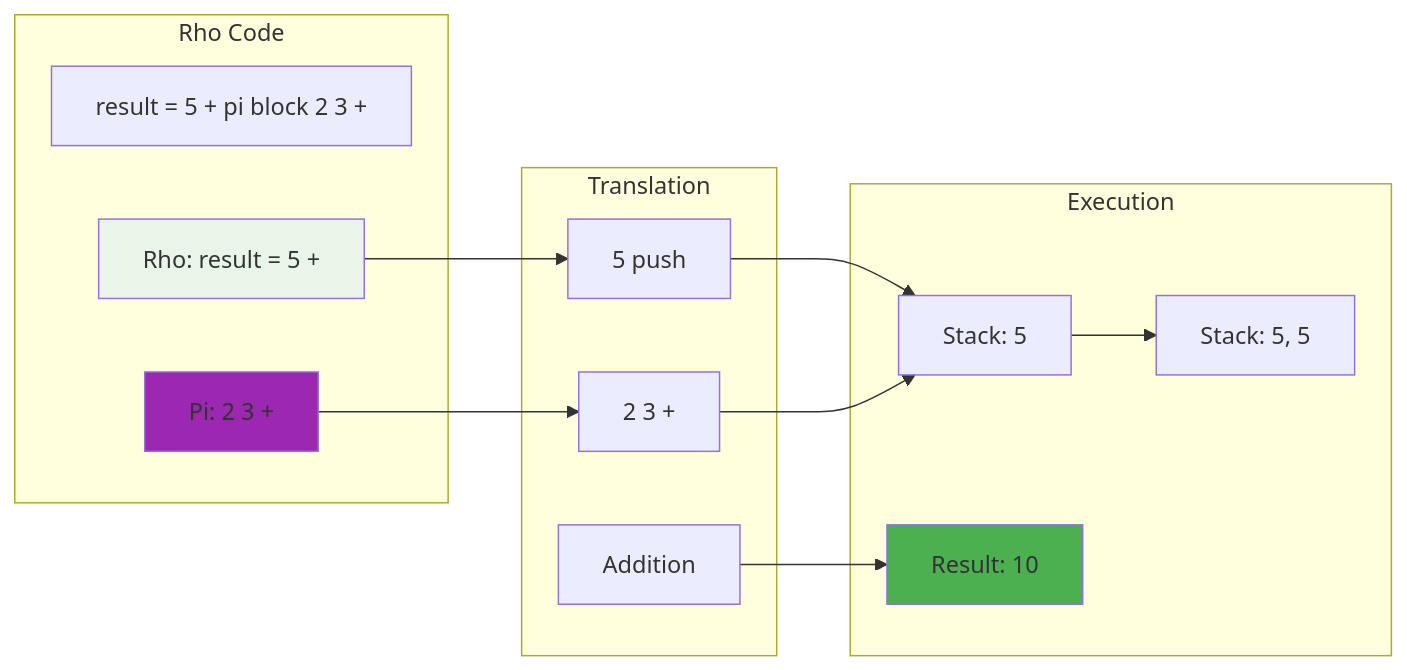
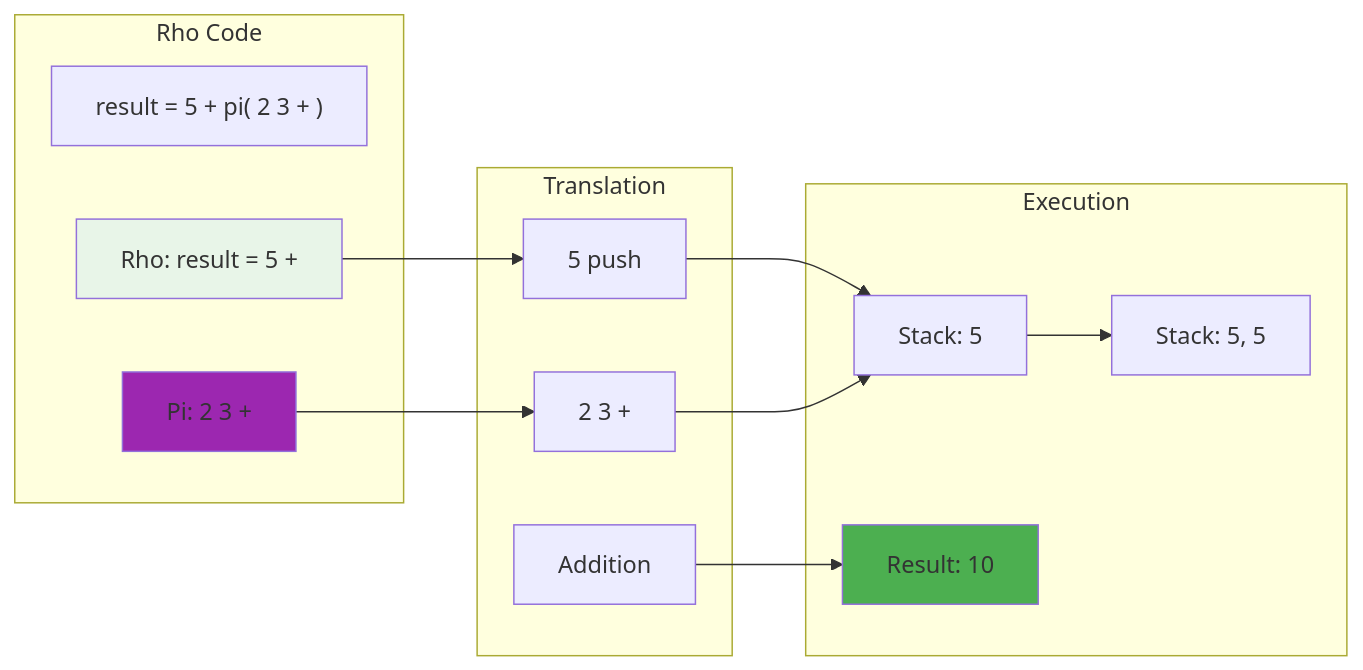
Before and after one commit to cschladetsch/CppKAI: the diagram in Doc/RhoTutorial.md, drawn with Mermaid. The commit also changed 2 other files, not shown here.

Commit message:
Remove incorrect 'block' keyword and use proper Pi syntax notation
Fixed all instances where I incorrectly added 'block' as a keyword:
- Replaced 'pi block' with 'pi( ... )' notation
- Used parentheses instead of curly braces to avoid Mermaid parsing conflicts
- Maintained accurate representation of Pi embedded code syntax
- Applied fix across README and tutorial files

Pi uses curly braces for code blocks, but parentheses work better in Mermaid diagrams.

````diff
--- a/Doc/RhoTutorial.md
+++ b/Doc/RhoTutorial.md
@@ -238,31 +238,31 @@
 ```mermaid
 graph LR
     subgraph "Rho Code"
-        RHO["result = 5 + pi block 2 3 +"]
+        RHO["result = 5 + pi( 2 3 + )"]
         RHO_PART["Rho: result = 5 +"]
         PI_PART["Pi: 2 3 +"]
     end
     
     subgraph "Translation"
         RHO_TRANS["5 push"]
         PI_TRANS["2 3 +"]
         COMBINE["Addition"]
     end
     
     subgraph "Execution"
         STACK1["Stack: 5"]
         STACK2["Stack: 5, 5"]
         RESULT["Result: 10"]
     end
     
     RHO_PART --> RHO_TRANS
     PI_PART --> PI_TRANS
     RHO_TRANS --> STACK1
     PI_TRANS --> STACK1
     STACK1 --> STACK2
     COMBINE --> RESULT
     
     style RHO_PART fill:#e8f5e8
     style PI_PART fill:#9c27b0
     style RESULT fill:#4caf50
 ```
````
